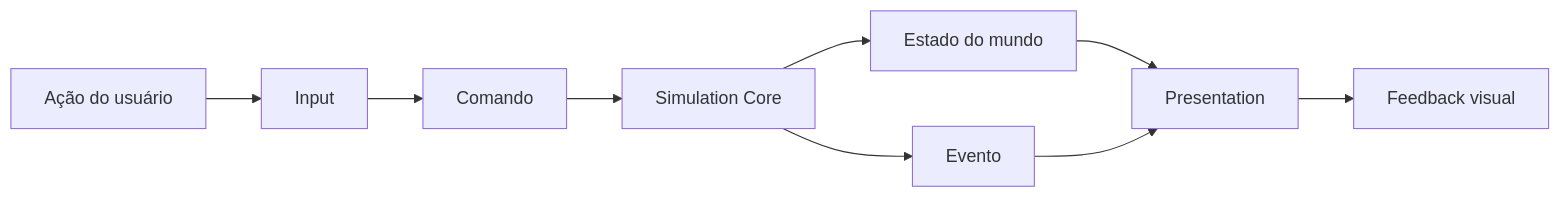
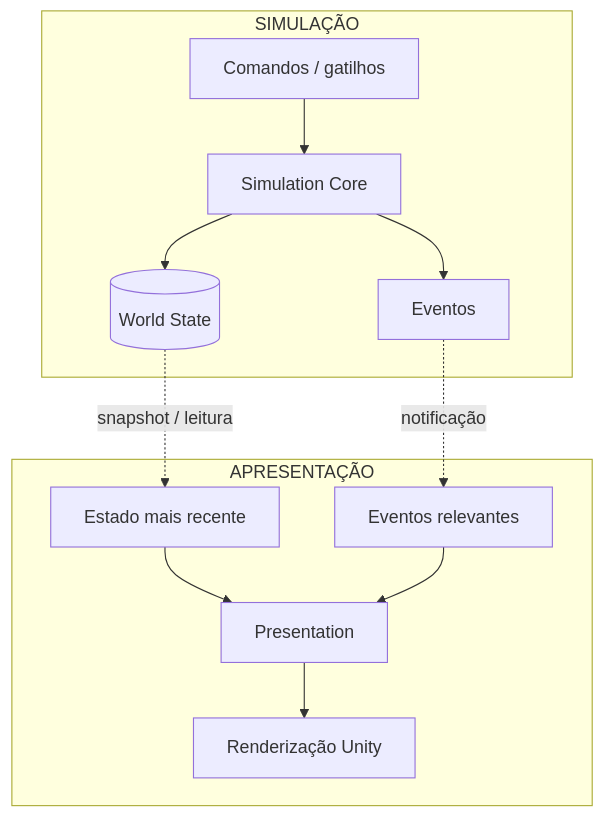
The fourth of 4 diagrams in docs/diagrams/architecture.md (vilainricardo/AVA_C11), drawn with Mermaid before and after one commit. The commit also changed other lines of this file, not shown here.

Commit message:
docs: corrigir fluxo entre simulação e apresentação

````diff
--- a/docs/diagrams/architecture.md
+++ b/docs/diagrams/architecture.md
@@ -64,11 +120,17 @@
 ```mermaid
-flowchart LR
-    A[Ação do usuário] --> B[Input]
-    B --> C[Comando]
-    C --> D[Simulation Core]
-    D --> E[Estado do mundo]
-    D --> F[Evento]
-    E --> G[Presentation]
-    F --> G
-    G --> H[Feedback visual]
+flowchart TB
+    subgraph SIM[SIMULAÇÃO]
+        CMD[Comandos / gatilhos] --> CORE[Simulation Core]
+        CORE --> STATE[(World State)]
+        CORE --> EVENTS[Eventos]
+    end
+
+    subgraph VIEW[APRESENTAÇÃO]
+        SNAP[Estado mais recente] --> PRES[Presentation]
+        EVENTS2[Eventos relevantes] --> PRES
+        PRES --> RENDER[Renderização Unity]
+    end
+
+    STATE -. snapshot / leitura .-> SNAP
+    EVENTS -. notificação .-> EVENTS2
 ```
````
